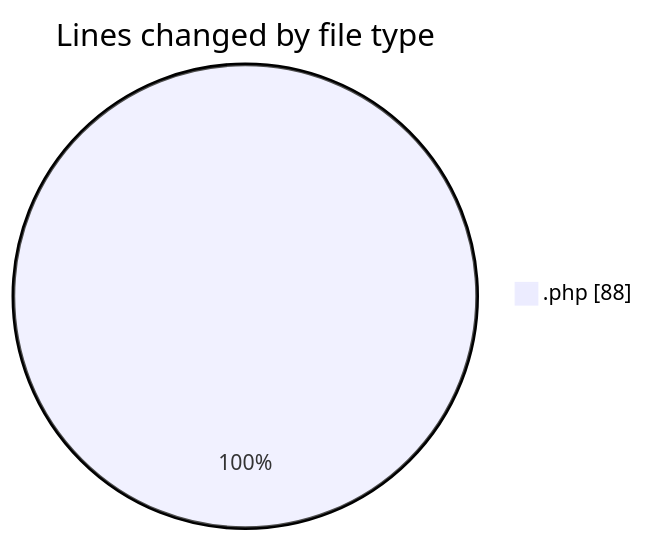
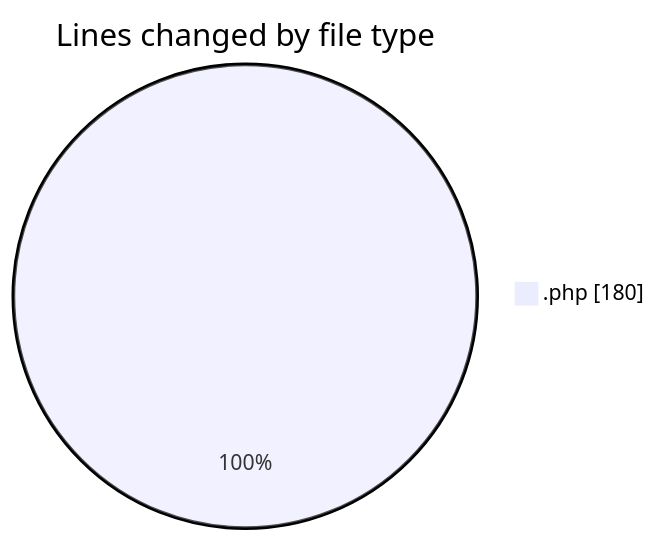
One commit to idhammustaqopulfikri/code-tracking changed the first of 2 diagrams in 2025-03-31/autodidak/README.md. Above: the diagram before and after it, drawn with Mermaid. The commit also changed other lines of this file and 1 other file, not shown here.

````diff
--- a/2025-03-31/autodidak/README.md
+++ b/2025-03-31/autodidak/README.md
@@ -21,5 +22,5 @@
 ```mermaid
 pie showData
 title Lines changed by file type
-".php" : 88
+".php" : 180
 ```
````
